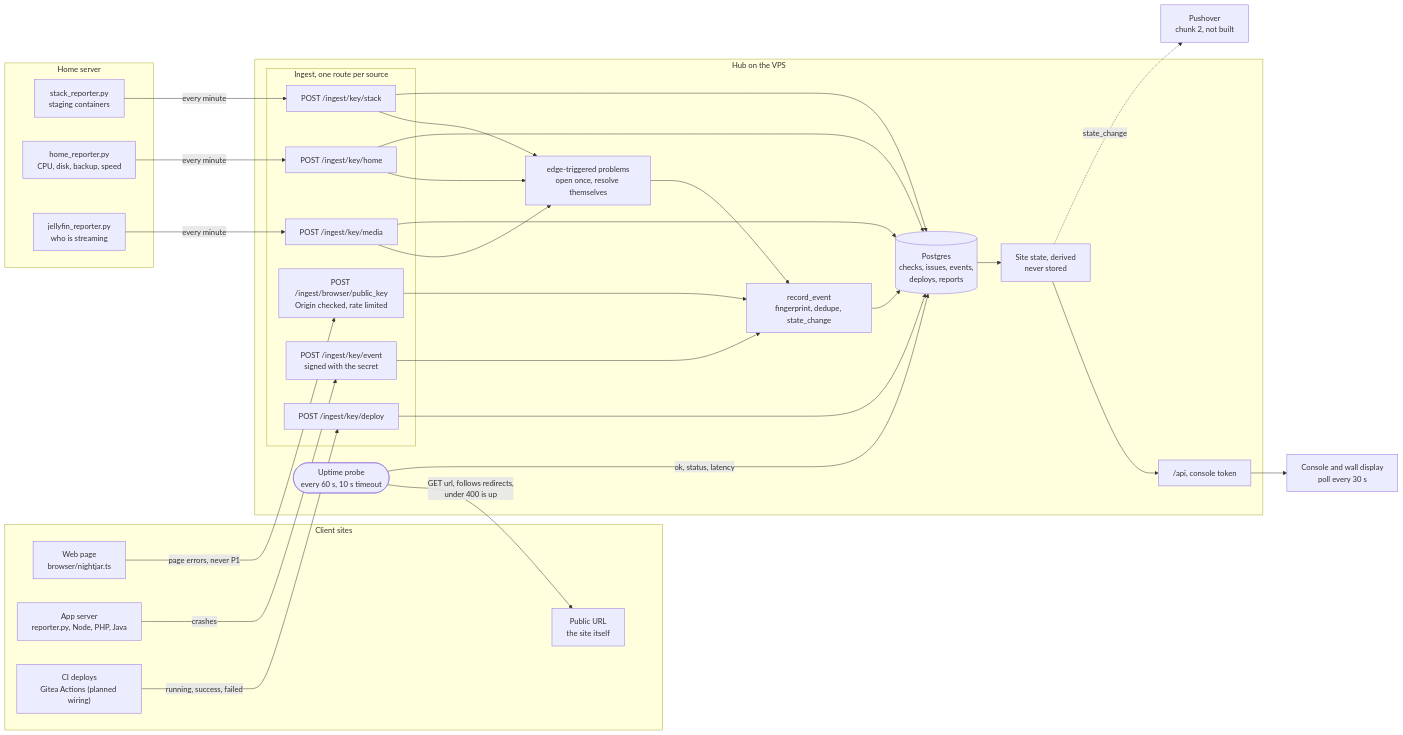
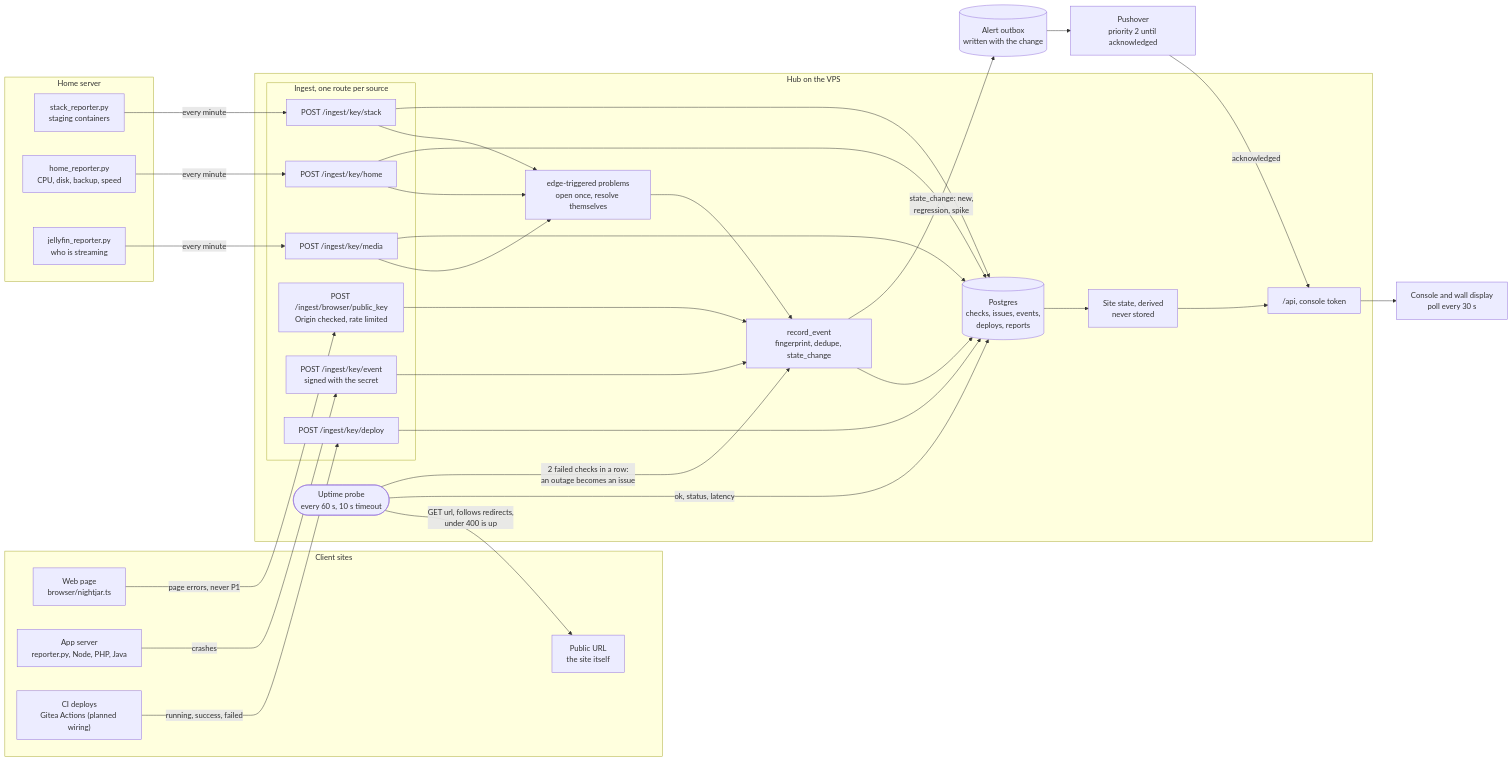
Before and after one commit to em-brandon/Nightjar: the first of 3 diagrams in README.md, drawn with Mermaid. The commit also changed other lines of this file, not shown here.

````diff
--- a/README.md
+++ b/README.md
@@ -115,62 +130,66 @@
 ```mermaid
 flowchart LR
     subgraph clients["Client sites"]
         PAGE["Web page<br/>browser/nightjar.ts"]
         APP["App server<br/>reporter.py, Node, PHP, Java"]
         CI["CI deploys<br/>Gitea Actions (planned wiring)"]
         SITE["Public URL<br/>the site itself"]
     end
 
     subgraph home["Home server"]
         STK["stack_reporter.py<br/>staging containers"]
         HOME["home_reporter.py<br/>CPU, disk, backup, speed"]
         JF["jellyfin_reporter.py<br/>who is streaming"]
     end
 
     subgraph hub["Hub on the VPS"]
         PROBE(["Uptime probe<br/>every 60 s, 10 s timeout"])
         subgraph ingest["Ingest, one route per source"]
             EV["POST /ingest/key/event<br/>signed with the secret"]
             BR["POST /ingest/browser/public_key<br/>Origin checked, rate limited"]
             DEP["POST /ingest/key/deploy"]
             STR["POST /ingest/key/stack"]
             HM["POST /ingest/key/home"]
             MD["POST /ingest/key/media"]
         end
         FP["record_event<br/>fingerprint, dedupe, state_change"]
         EDGE["edge-triggered problems<br/>open once, resolve themselves"]
         DB[("Postgres<br/>checks, issues, events,<br/>deploys, reports")]
         DERIVE["Site state, derived<br/>never stored"]
         API["/api, console token"]
     end
 
     CON["Console and wall display<br/>poll every 30 s"]
-    PUSH["Pushover<br/>chunk 2, not built"]
+    OUTB[("Alert outbox<br/>written with the change")]
+    PUSH["Pushover<br/>priority 2 until acknowledged"]
 
     PROBE -- "GET url, follows redirects,<br/>under 400 is up" --> SITE
     PROBE -- "ok, status, latency" --> DB
+    PROBE -- "2 failed checks in a row:<br/>an outage becomes an issue" --> FP
 
     APP -- "crashes" --> EV
     PAGE -- "page errors, never P1" --> BR
     CI -- "running, success, failed" --> DEP
     STK -- "every minute" --> STR
     HOME -- "every minute" --> HM
     JF -- "every minute" --> MD
 
     EV --> FP
     BR --> FP
     STR --> EDGE
     HM --> EDGE
     MD --> EDGE
     EDGE --> FP
     FP --> DB
     DEP --> DB
     STR --> DB
     HM --> DB
     MD --> DB
 
     DB --> DERIVE
     DERIVE --> API
     API --> CON
-    DERIVE -. "state_change" .-> PUSH
+    FP -- "state_change: new,<br/>regression, spike" --> OUTB
+    OUTB --> PUSH
+    PUSH -- "acknowledged" --> API
 ```
````
